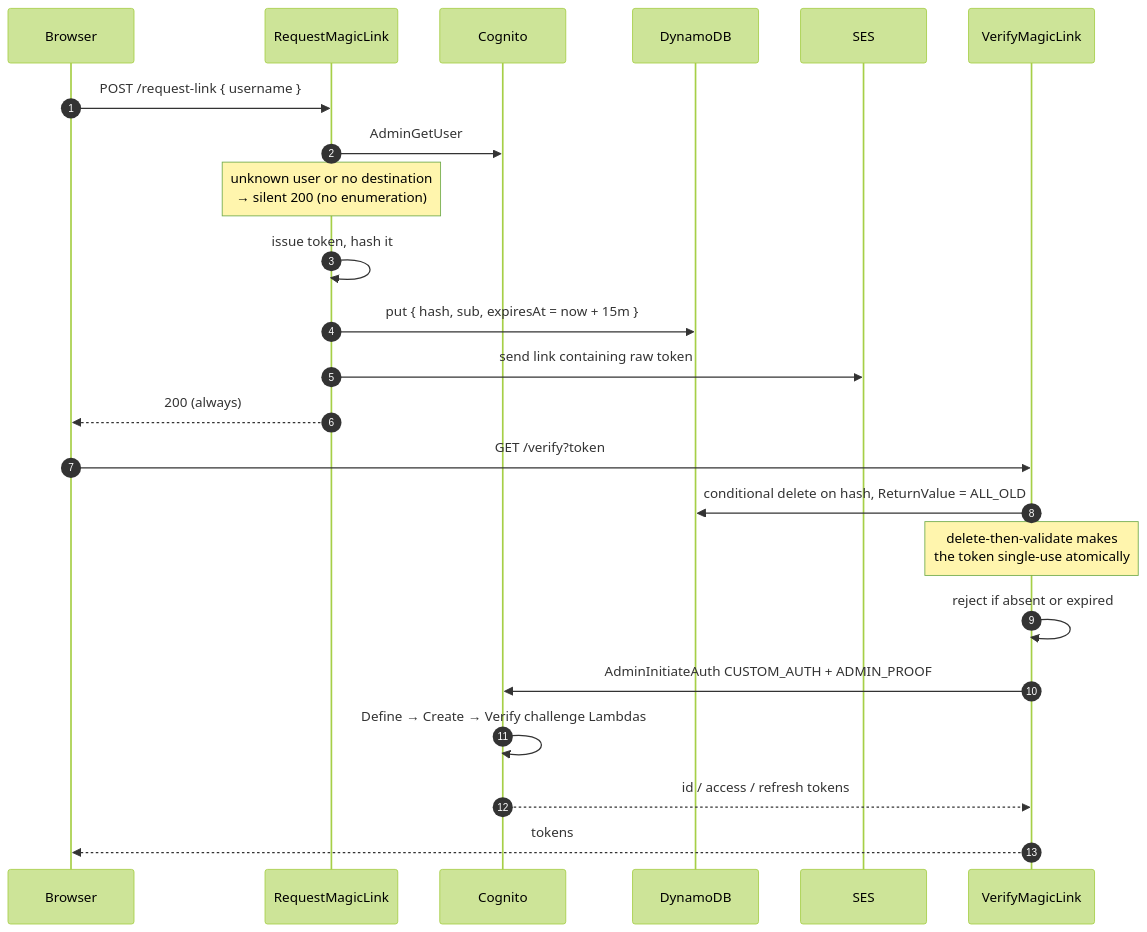
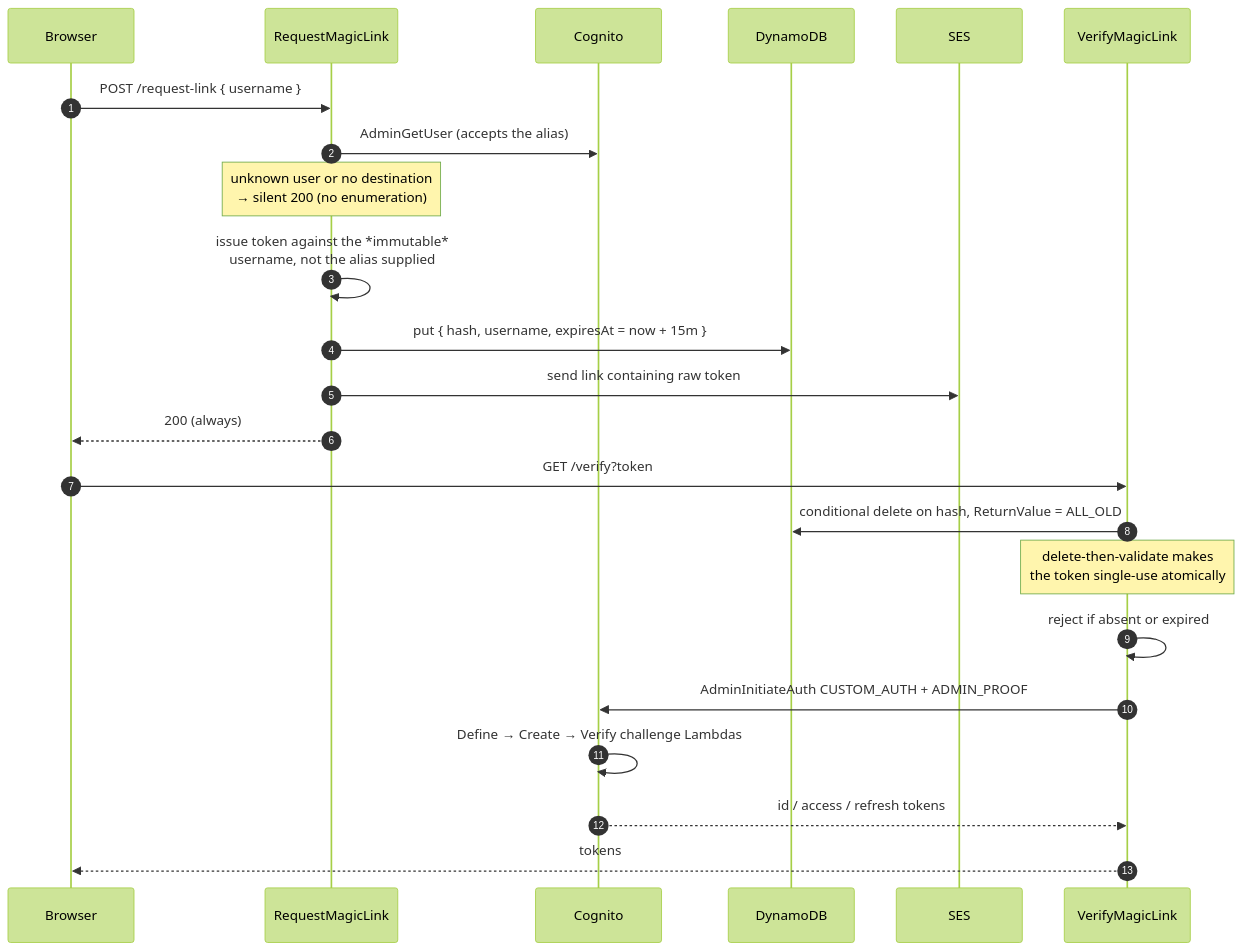
The fourth of 5 diagrams in PADISSOPOC/docs/architecture.md (minhthanhnguyen/PADISSOPOC), drawn with Mermaid (forest theme) before and after one commit. The commit also changed other lines of this file and 23 other files, not shown here.

````diff
--- a/PADISSOPOC/docs/architecture.md
+++ b/PADISSOPOC/docs/architecture.md
@@ -156,27 +221,27 @@
 ```mermaid
 sequenceDiagram
     autonumber
     participant U as Browser
     participant R as RequestMagicLink
     participant C as Cognito
     participant D as DynamoDB
     participant E as SES
     participant V as VerifyMagicLink
 
     U->>R: POST /request-link { username }
-    R->>C: AdminGetUser
+    R->>C: AdminGetUser (accepts the alias)
     Note over R: unknown user or no destination<br/>→ silent 200 (no enumeration)
-    R->>R: issue token, hash it
-    R->>D: put { hash, sub, expiresAt = now + 15m }
+    R->>R: issue token against the *immutable*<br/>username, not the alias supplied
+    R->>D: put { hash, username, expiresAt = now + 15m }
     R->>E: send link containing raw token
     R-->>U: 200 (always)
 
     U->>V: GET /verify?token
     V->>D: conditional delete on hash, ReturnValue = ALL_OLD
     Note over V: delete-then-validate makes<br/>the token single-use atomically
     V->>V: reject if absent or expired
     V->>C: AdminInitiateAuth CUSTOM_AUTH + ADMIN_PROOF
     C->>C: Define → Create → Verify challenge Lambdas
     C-->>V: id / access / refresh tokens
     V-->>U: tokens
 ```
````
